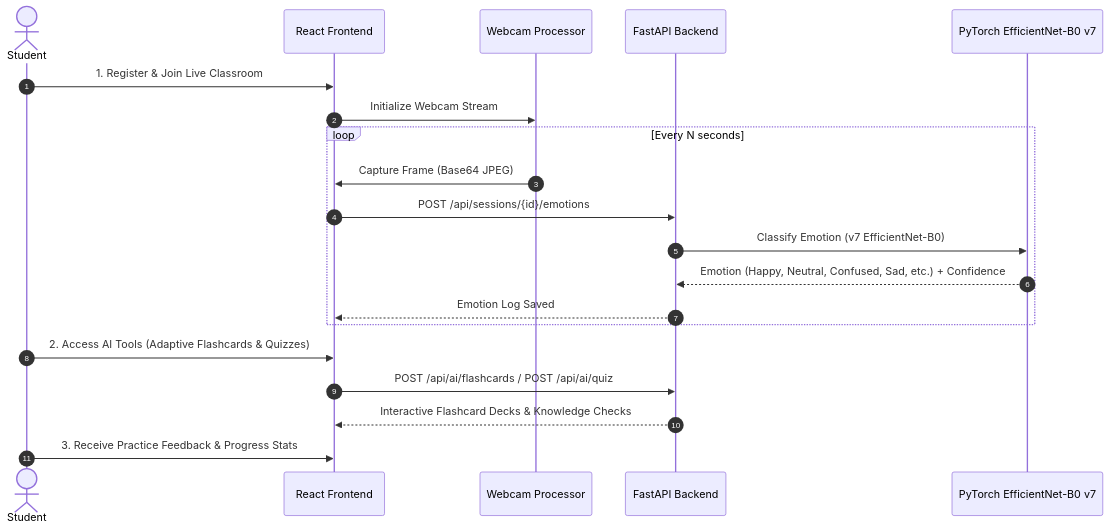
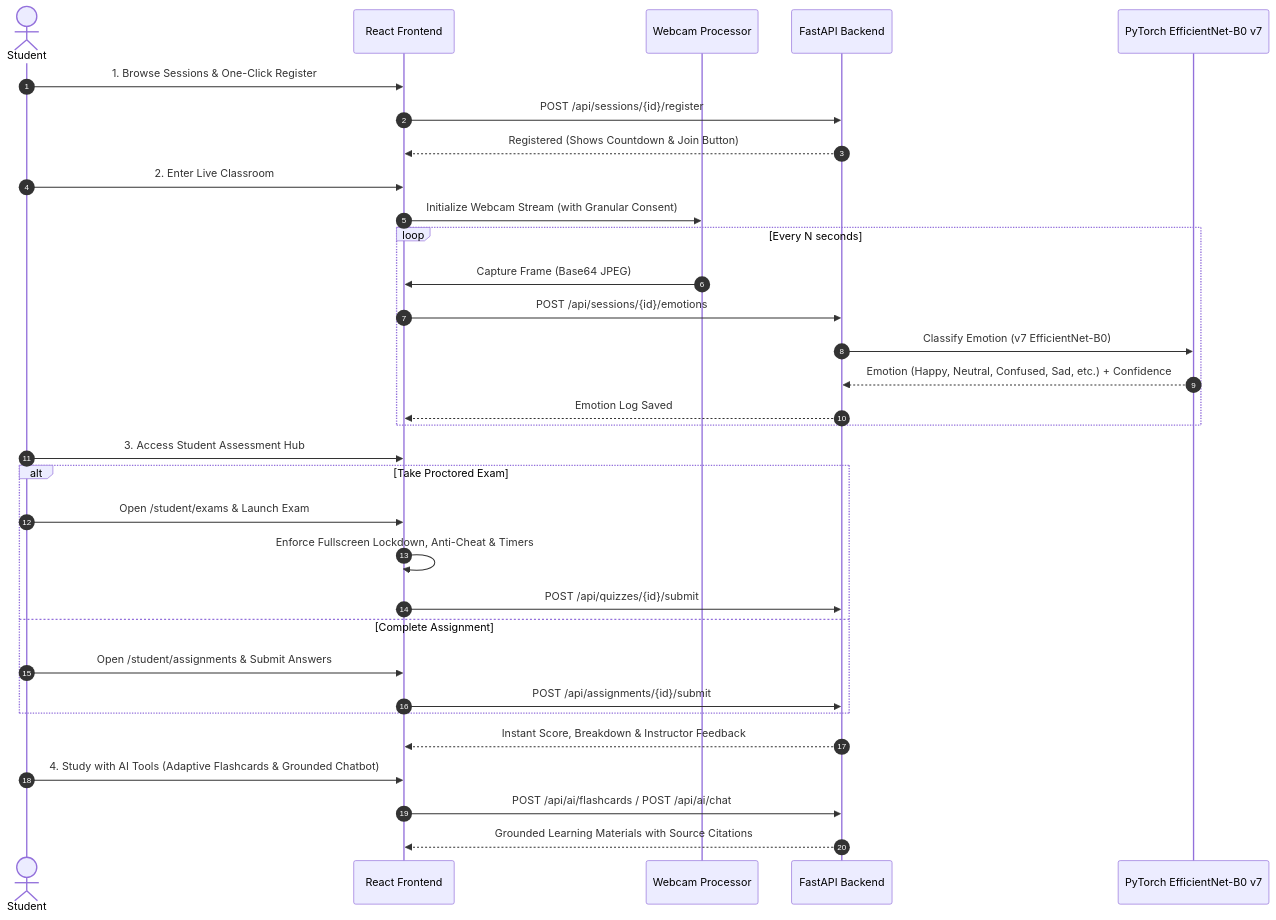
One commit to adel-noufal/Edusense changed the second of 4 diagrams in README.md. Above: the diagram before and after it, drawn with Mermaid. The commit also changed other lines of this file and 1 other file, not shown here.

Commit message:
docs(s8): update README with multi-key rotation, web search grounding, assessment hub, and registration flows

````diff
--- a/README.md
+++ b/README.md
@@ -75,23 +87,35 @@
 ```mermaid
 sequenceDiagram
   autonumber
   actor S as Student
   participant UI as React Frontend
   participant Cam as Webcam Processor
   participant API as FastAPI Backend
   participant ML as PyTorch EfficientNet-B0 v7
 
-  S->>UI: 1. Register & Join Live Classroom
-  UI->>Cam: Initialize Webcam Stream
+  S->>UI: 1. Browse Sessions & One-Click Register
+  UI->>API: POST /api/sessions/{id}/register
+  API-->>UI: Registered (Shows Countdown & Join Button)
+  S->>UI: 2. Enter Live Classroom
+  UI->>Cam: Initialize Webcam Stream (with Granular Consent)
   loop Every N seconds
     Cam->>UI: Capture Frame (Base64 JPEG)
     UI->>API: POST /api/sessions/{id}/emotions
     API->>ML: Classify Emotion (v7 EfficientNet-B0)
     ML-->>API: Emotion (Happy, Neutral, Confused, Sad, etc.) + Confidence
     API-->>UI: Emotion Log Saved
   end
-  S->>UI: 2. Access AI Tools (Adaptive Flashcards & Quizzes)
-  UI->>API: POST /api/ai/flashcards / POST /api/ai/quiz
-  API-->>UI: Interactive Flashcard Decks & Knowledge Checks
-  S->>UI: 3. Receive Practice Feedback & Progress Stats
+  S->>UI: 3. Access Student Assessment Hub
+  alt Take Proctored Exam
+    S->>UI: Open /student/exams & Launch Exam
+    UI->>UI: Enforce Fullscreen Lockdown, Anti-Cheat & Timers
+    UI->>API: POST /api/quizzes/{id}/submit
+  else Complete Assignment
+    S->>UI: Open /student/assignments & Submit Answers
+    UI->>API: POST /api/assignments/{id}/submit
+  end
+  API-->>UI: Instant Score, Breakdown & Instructor Feedback
+  S->>UI: 4. Study with AI Tools (Adaptive Flashcards & Grounded Chatbot)
+  UI->>API: POST /api/ai/flashcards / POST /api/ai/chat
+  API-->>UI: Grounded Learning Materials with Source Citations
 ```
````
